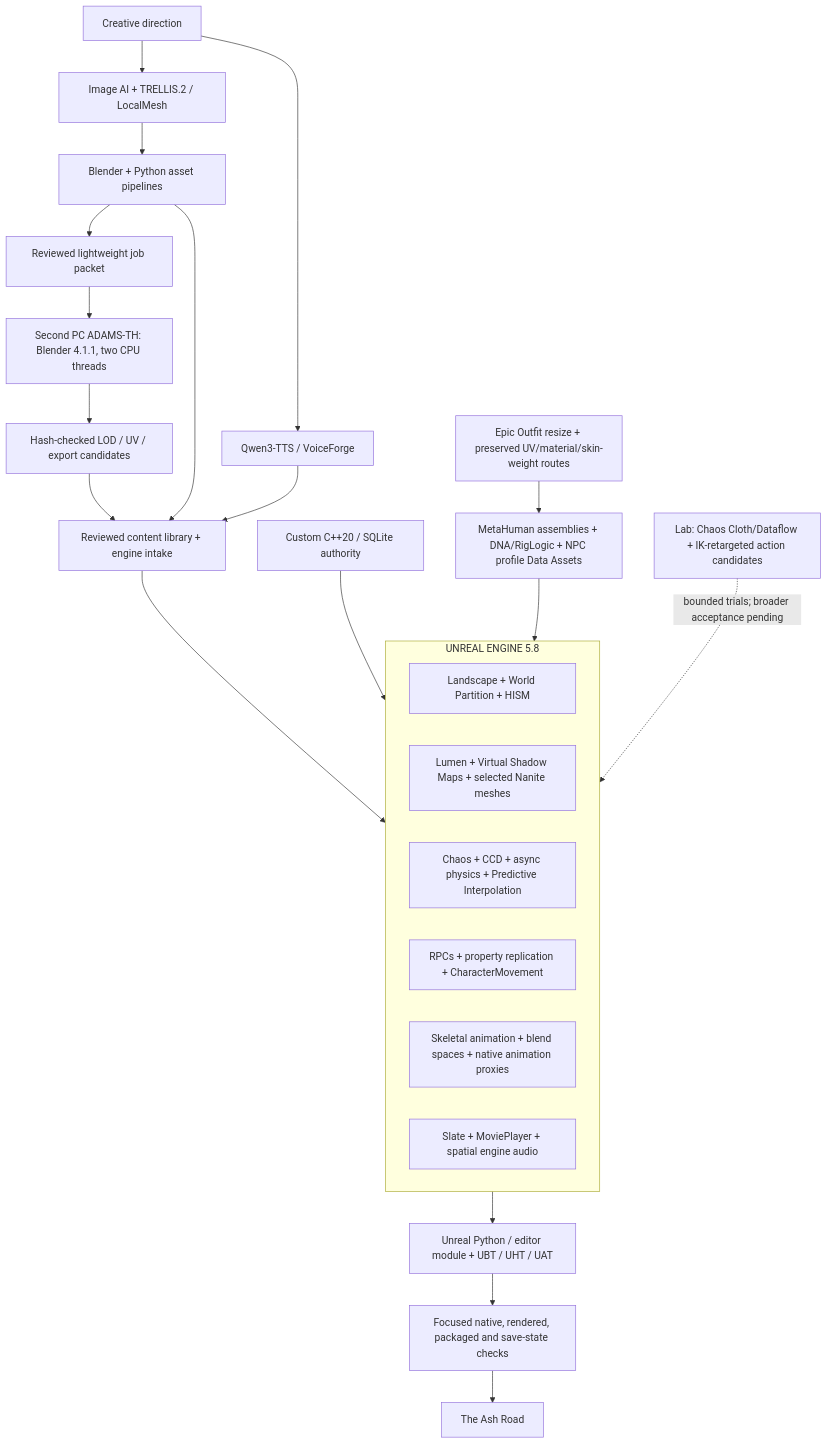
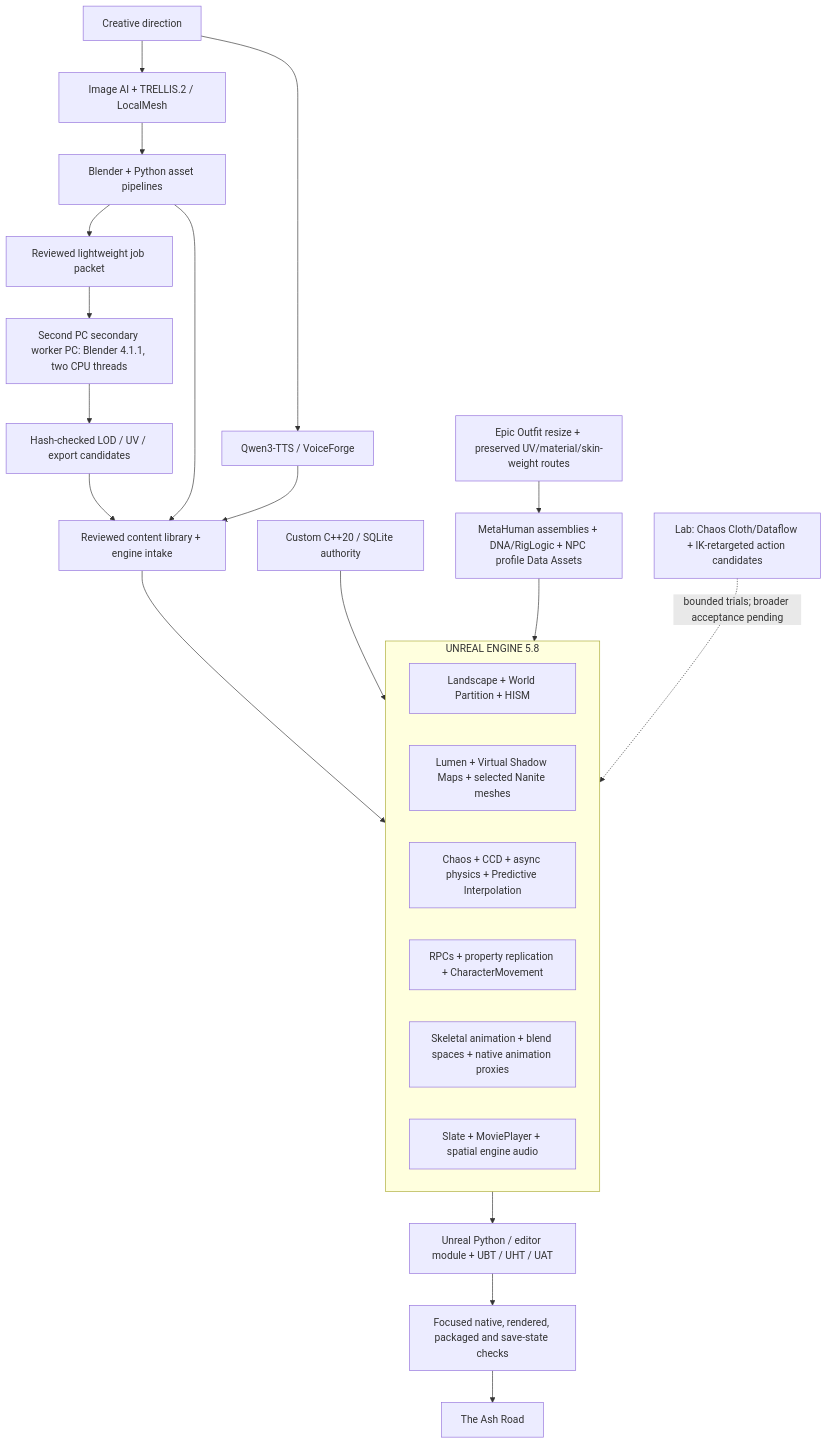
The diagram in docs/diagrams/ash-road-system-design.md (CA-The-destroyer/G-Ash_Road_ep1), drawn with Mermaid before and after one commit. The commit also changed other lines of this file and 11 other files, not shown here.

Commit message:
docs: use generic secondary worker labels

````diff
--- a/docs/diagrams/ash-road-system-design.md
+++ b/docs/diagrams/ash-road-system-design.md
@@ -5,28 +5,28 @@
 ```mermaid
 flowchart TB
     D["Creative direction"] --> A["Image AI + TRELLIS.2 / LocalMesh"]
     D --> V["Qwen3-TTS / VoiceForge"]
     A --> B["Blender + Python asset pipelines"]
     B --> workerPacket["Reviewed lightweight job packet"]
-    workerPacket --> remoteWorker["Second PC ADAMS-TH: Blender 4.1.1, two CPU threads"]
+    workerPacket --> remoteWorker["Second PC secondary worker PC: Blender 4.1.1, two CPU threads"]
     remoteWorker --> candidateReview["Hash-checked LOD / UV / export candidates"]
     candidateReview --> L
     B --> L["Reviewed content library + engine intake"]
     V --> L
     L --> U
     subgraph U["UNREAL ENGINE 5.8"]
         W["Landscape + World Partition + HISM"]
         R["Lumen + Virtual Shadow Maps + selected Nanite meshes"]
         P["Chaos + CCD + async physics + Predictive Interpolation"]
         N["RPCs + property replication + CharacterMovement"]
         AN["Skeletal animation + blend spaces + native animation proxies"]
         UI["Slate + MoviePlayer + spatial engine audio"]
     end
     C["Custom C++20 / SQLite authority"] --> U
     M["MetaHuman assemblies + DNA/RigLogic + NPC profile Data Assets"] --> U
     O["Epic Outfit resize + preserved UV/material/skin-weight routes"] --> M
     LAB["Lab: Chaos Cloth/Dataflow + IK-retargeted action candidates"] -. "bounded trials; broader acceptance pending" .-> U
     U --> E["Unreal Python / editor module + UBT / UHT / UAT"]
     E --> Q["Focused native, rendered, packaged and save-state checks"]
     Q --> G["The Ash Road"]
 ```
````
